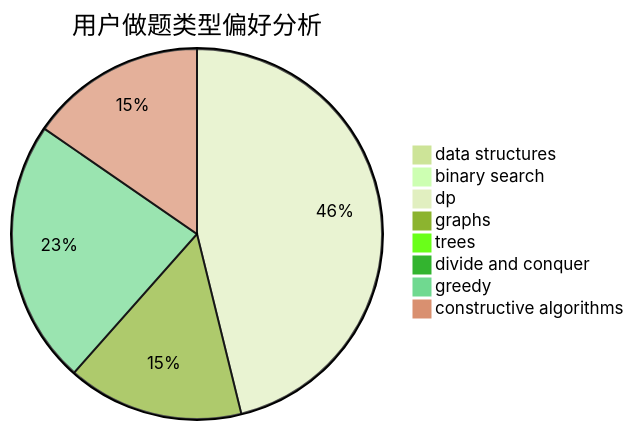
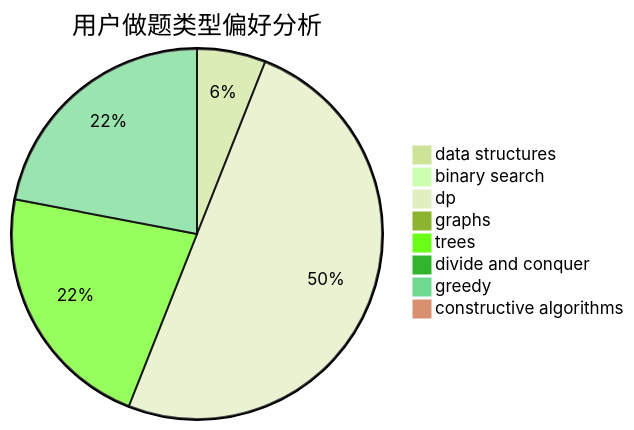
One commit to sherpahu/cfrs.github.io changed the second of 3 diagrams in docs/user/u419.md. Above: the diagram before and after it, drawn with Mermaid (forest theme). The commit also changed other lines of this file and 2770 other files, not shown here.

````diff
--- a/docs/user/u419.md
+++ b/docs/user/u419.md
@@ -23,11 +23,11 @@
 ```mermaid
 pie title 用户做题类型偏好分析
-    "data structures" :  0
+    "data structures" :  3
     "binary search" :  0
-    "dp" :  12
-    "graphs" :  4
-    "trees" :  0
+    "dp" :  25
+    "graphs" :  0
+    "trees" :  11
     "divide and conquer" :  0
-    "greedy" :  6
-    "constructive algorithms" :  4
+    "greedy" :  11
+    "constructive algorithms" :  0
 ```
````
